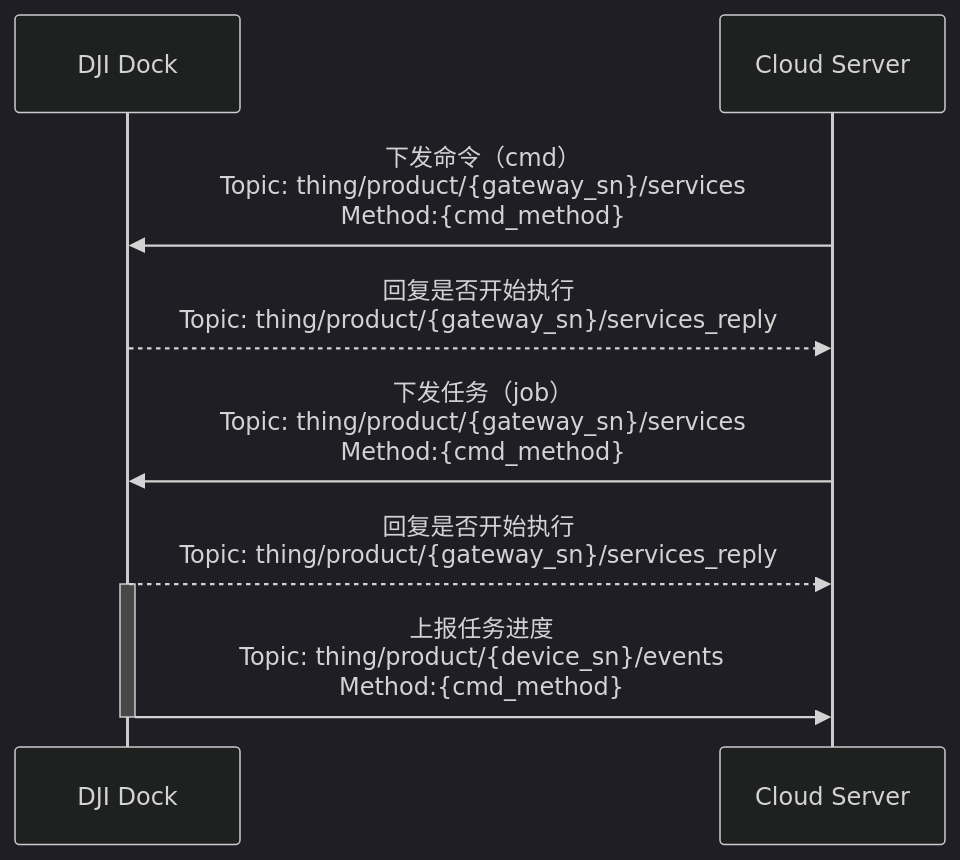
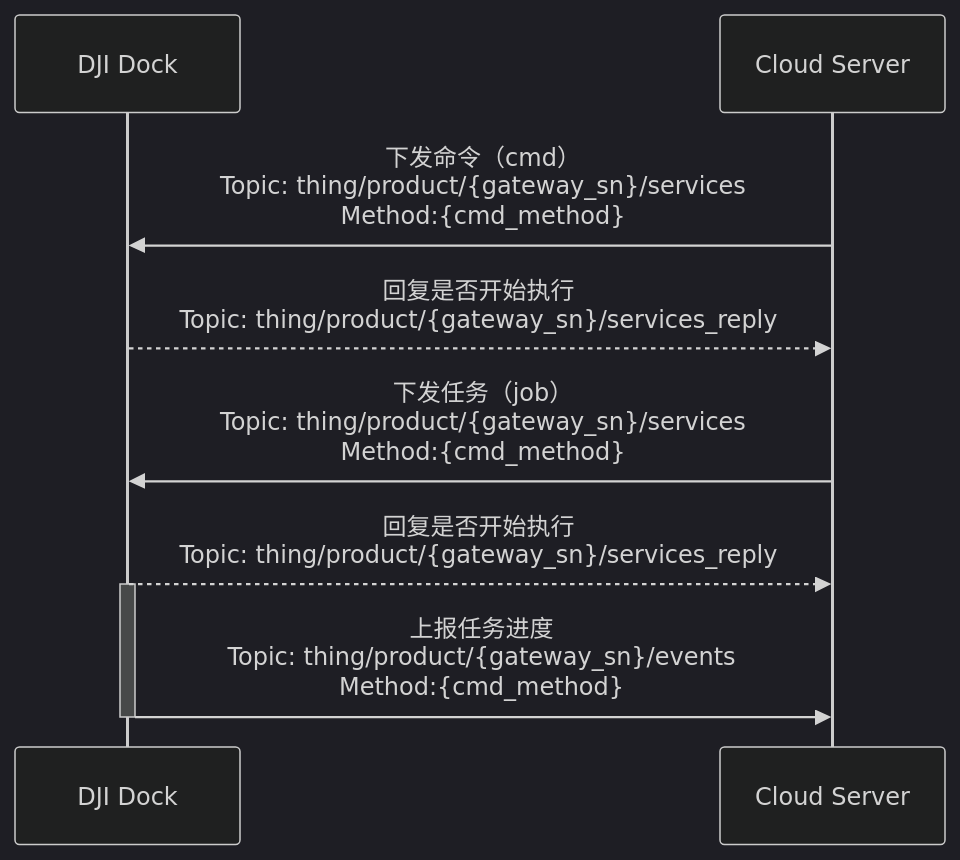
One commit to dji-sdk/Cloud-API-Doc changed the diagram in docs/cn/30.feature-set/20.dock-feature-set/70.remote-debug.md. Above: the diagram before and after it, drawn with Mermaid (dark theme). The commit also changed other lines of this file and 152 other files, not shown here.

````diff
--- a/docs/cn/30.feature-set/20.dock-feature-set/70.remote-debug.md
+++ b/docs/cn/30.feature-set/20.dock-feature-set/70.remote-debug.md
@@ -32,21 +32,21 @@
 ```mermaid
 sequenceDiagram
 
 participant client as DJI Dock
 participant app_server as Cloud Server
 
 app_server ->> client : 下发命令（cmd）<br/>Topic: thing/product/{gateway_sn}/services<br/>Method:{cmd_method}
 client -->> app_server : 回复是否开始执行<br/>Topic: thing/product/{gateway_sn}/services_reply
 
 app_server ->> client : 下发任务（job）<br/>Topic: thing/product/{gateway_sn}/services<br/>Method:{cmd_method}
 client -->> app_server  : 回复是否开始执行<br/>Topic: thing/product/{gateway_sn}/services_reply
 
 
 
 activate client
 
-client ->> app_server : 上报任务进度<br/>Topic: thing/product/{device_sn}/events<br/>Method:{cmd_method}
+client ->> app_server : 上报任务进度<br/>Topic: thing/product/{gateway_sn}/events<br/>Method:{cmd_method}
 
 deactivate client
 
 ```
````
